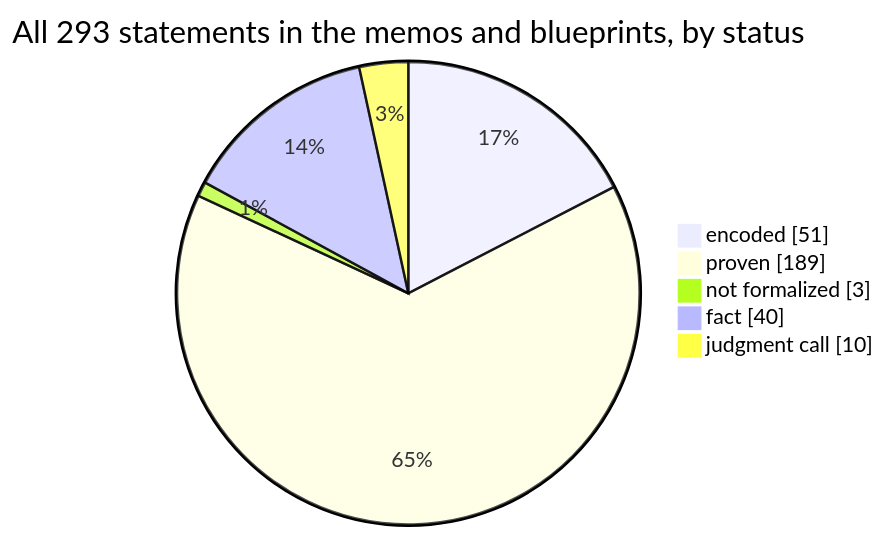
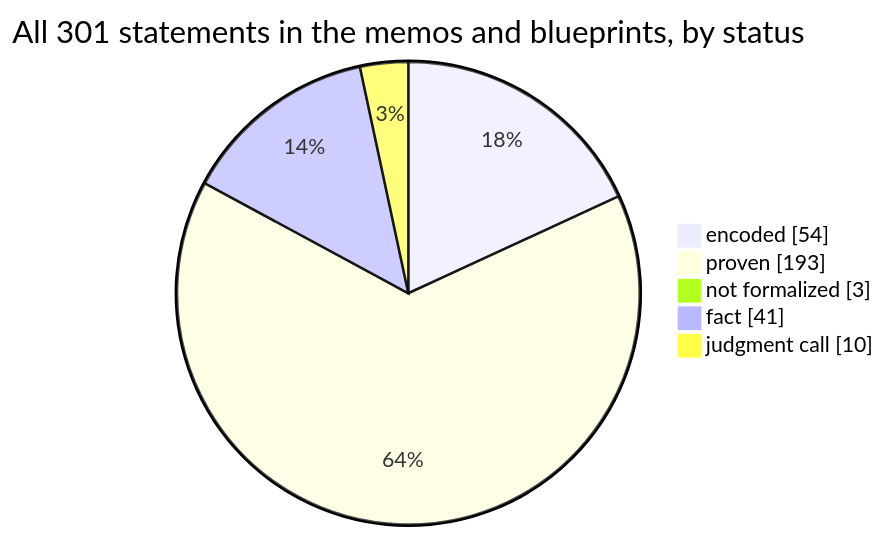
The first of 4 diagrams in docs/graphs/dashboard.md (SeanWMurray/Canteen), drawn with Mermaid before and after one commit. The commit also changed 9 other files, not shown here.

````diff
--- a/docs/graphs/dashboard.md
+++ b/docs/graphs/dashboard.md
@@ -11,8 +11,8 @@
 ```mermaid
-pie showData title All 293 statements in the memos and blueprints, by status
-    "encoded" : 51
-    "proven" : 189
+pie showData title All 301 statements in the memos and blueprints, by status
+    "encoded" : 54
+    "proven" : 193
     "not formalized" : 3
-    "fact" : 40
+    "fact" : 41
     "judgment call" : 10
 ```
````
